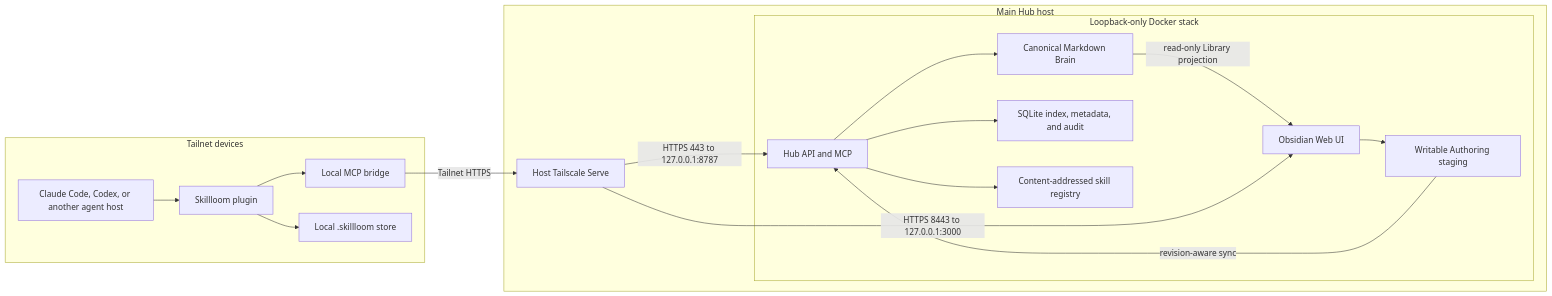
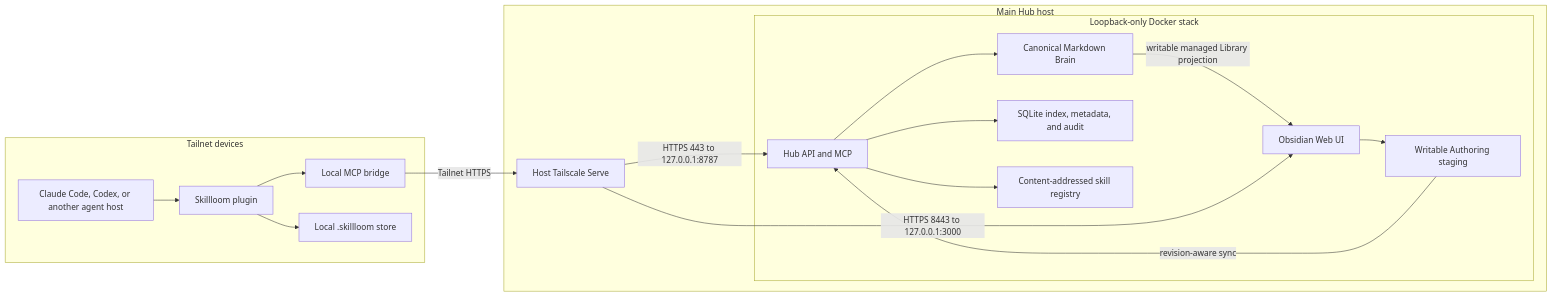
Before and after one commit to Chulinuwu/skillloom: the diagram in docs/architecture/hub.md, drawn with Mermaid. The commit also changed other lines of this file and 21 other files, not shown here.

Commit message:
Make Obsidian Library a writable managed projection

````diff
--- a/docs/architecture/hub.md
+++ b/docs/architecture/hub.md
@@ -42,33 +42,33 @@
 ```mermaid
 flowchart LR
     subgraph CLIENTS["Tailnet devices"]
         HOST["Claude Code, Codex, or another agent host"]
         PLUGIN["Skillloom plugin"]
         BRIDGE["Local MCP bridge"]
         LOCAL["Local .skillloom store"]
         HOST --> PLUGIN --> BRIDGE
         PLUGIN --> LOCAL
     end
 
     subgraph HUBHOST["Main Hub host"]
         SERVE["Host Tailscale Serve"]
         subgraph DOCKER["Loopback-only Docker stack"]
             API["Hub API and MCP"]
             BRAIN["Canonical Markdown Brain"]
             INDEX["SQLite index, metadata, and audit"]
             REGISTRY["Content-addressed skill registry"]
             OBSIDIAN["Obsidian Web UI"]
             AUTHORING["Writable Authoring staging"]
             API --> BRAIN
             API --> INDEX
             API --> REGISTRY
-            BRAIN -->|read-only Library projection| OBSIDIAN
+    BRAIN -->|writable managed Library projection| OBSIDIAN
             OBSIDIAN --> AUTHORING
             AUTHORING -->|revision-aware sync| API
         end
         SERVE -->|HTTPS 443 to 127.0.0.1:8787| API
         SERVE -->|HTTPS 8443 to 127.0.0.1:3000| OBSIDIAN
     end
 
     BRIDGE -->|Tailnet HTTPS| SERVE
 ```
````
